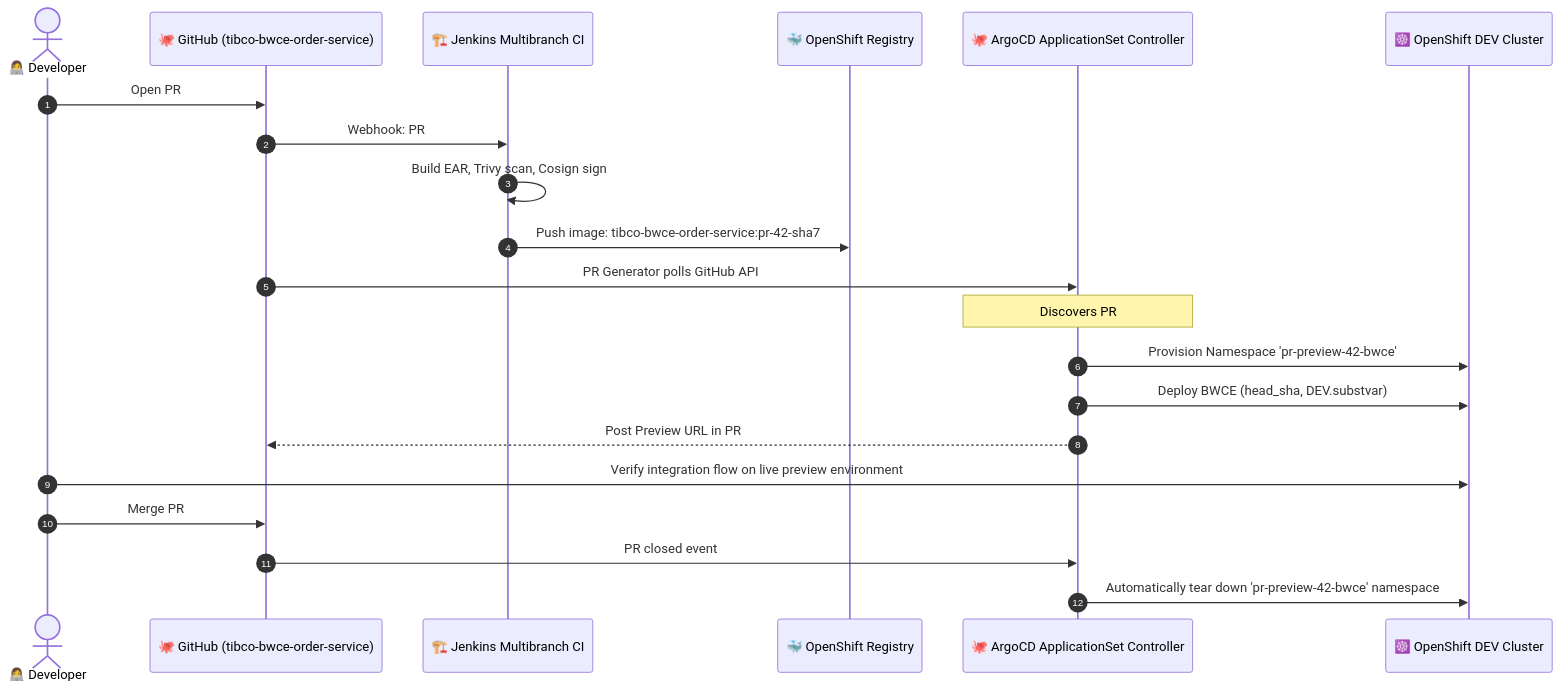
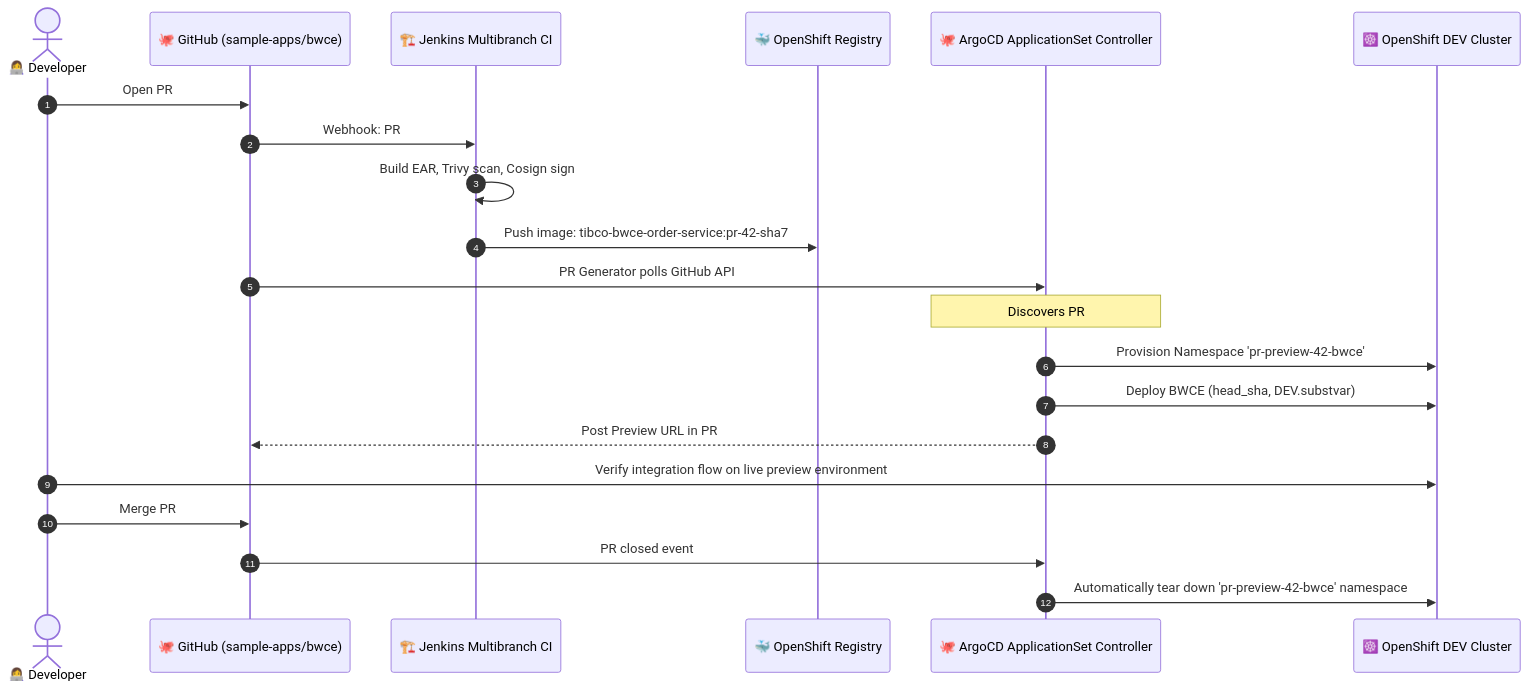
The sixth of 11 diagrams in README.md (nubenetes/jenkins-without-git-parameter-bwce), drawn with Mermaid before and after one commit. The commit also changed other lines of this file and 4 other files, not shown here.

````diff
--- a/README.md
+++ b/README.md
@@ -487,27 +487,27 @@
 ```mermaid
 sequenceDiagram
     autonumber
     actor Dev as 👩‍💻 Developer
-    participant GitHub as 🐙 GitHub (tibco-bwce-order-service)
+    participant GitHub as 🐙 GitHub (sample-apps/bwce)
     participant Jenkins as 🏗️ Jenkins Multibranch CI
     participant Registry as 🐳 OpenShift Registry
     participant ArgoCD as 🐙 ArgoCD ApplicationSet Controller
     participant Cluster as ☸️ OpenShift DEV Cluster
 
     Dev->>GitHub: Open PR #42 (feature/new-order-flow)
     GitHub->>Jenkins: Webhook: PR #42 created
     Jenkins->>Jenkins: Build EAR, Trivy scan, Cosign sign
     Jenkins->>Registry: Push image: tibco-bwce-order-service:pr-42-sha7
     
     GitHub->>ArgoCD: PR Generator polls GitHub API
     Note over ArgoCD: Discovers PR #42<br/>label: preview-environment
     ArgoCD->>Cluster: Provision Namespace 'pr-preview-42-bwce'
     ArgoCD->>Cluster: Deploy BWCE (head_sha, DEV.substvar)
     ArgoCD-->>GitHub: Post Preview URL in PR #42
     
     Dev->>Cluster: Verify integration flow on live preview environment
     
     Dev->>GitHub: Merge PR #42 into main
     GitHub->>ArgoCD: PR closed event
     ArgoCD->>Cluster: Automatically tear down 'pr-preview-42-bwce' namespace
 ```
````
